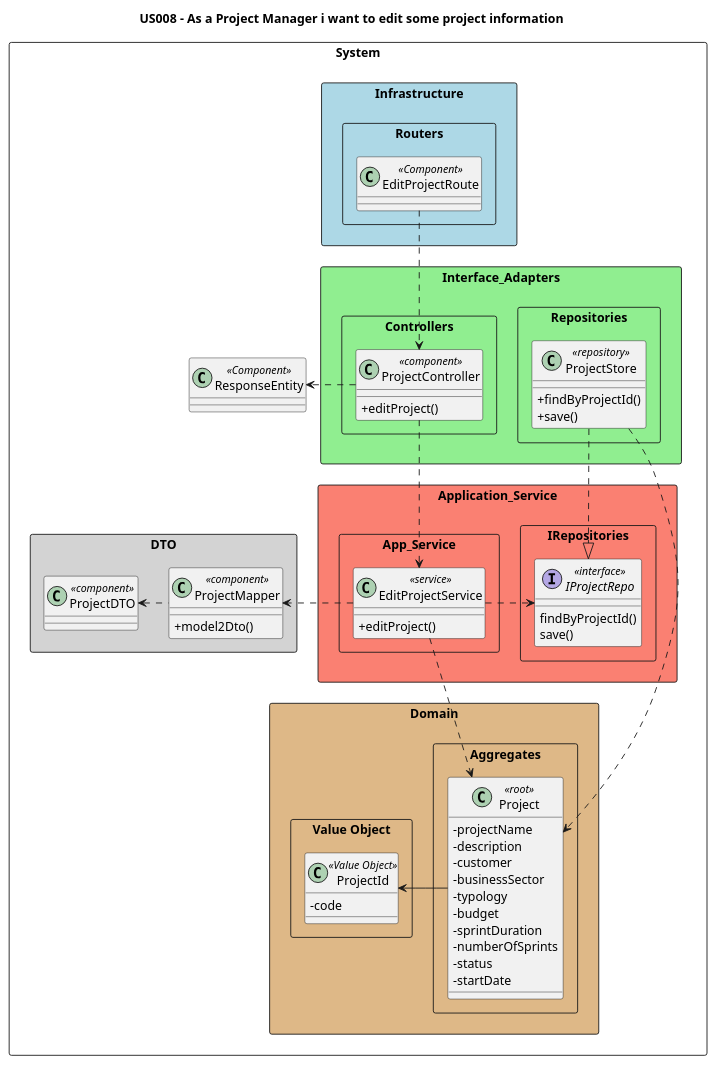
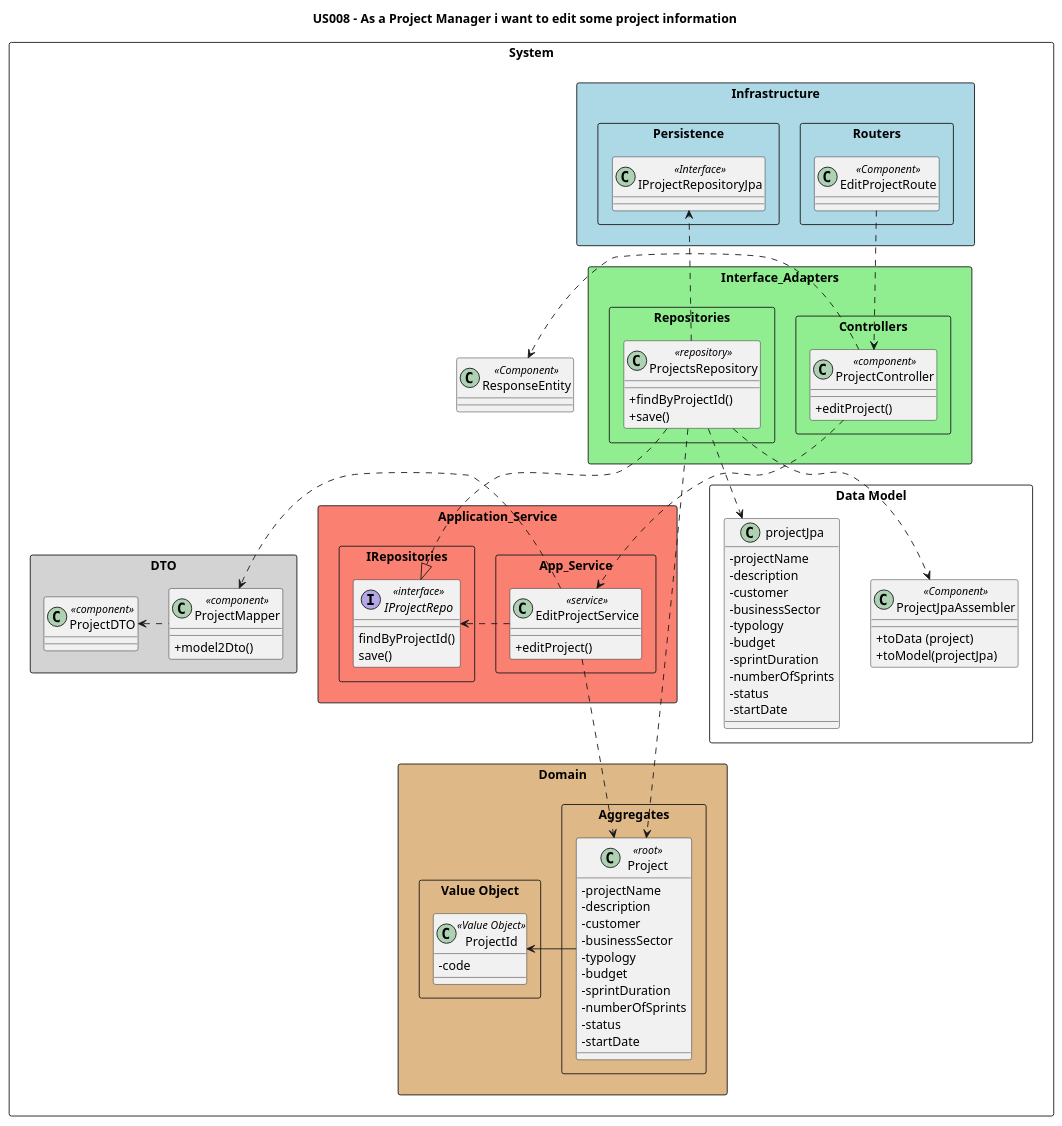
The diagram in docs/Sprint1/US008/US008-CD.puml (nunogon1211787/projectManagement), drawn with PlantUML before and after one commit. The commit also changed 5 other files, not shown here.

Commit message:
Implementation: Sequence and Class diagram update (resolves #230)

```diff
--- a/docs/Sprint1/US008/US008-CD.puml
+++ b/docs/Sprint1/US008/US008-CD.puml
@@ -1,107 +1,135 @@
 @startuml
 'https://plantuml.com/class-diagram
 
 skinparam classAttributeIconSize 0
 
 title US008 - As a Project Manager i want to edit some project information
 
 
 package "System" <<Rectangle>> {
 
 '-------------------INFRASTRUCTURE-----------------------'
 package Infrastructure <<Rectangle>> #lightblue {
 
 package Routers <<Rectangle>> {
 class "EditProjectRoute" as route <<Component>>
 }
 
+package "Persistence" <<Rectangle>> {
+    class "IProjectRepositoryJpa" as jpa <<Interface>>
+    }
+
 }
 
 '-------------------INTERFACE ADAPTERS-------------------'
 package Interface_Adapters <<Rectangle>> #lightgreen{
 
 package Controllers <<Rectangle>> {
 class ProjectController <<component>> {
 +editProject()
 }
 }
 
 package Repositories <<Rectangle>> {
-class ProjectStore <<repository>> {
+class ProjectsRepository <<repository>> {
 +findByProjectId()
 +save()
 }
 }
 
 }
 
 '-------------------APPLICATION SERVICE------------------'
 package Application_Service <<Rectangle>> #salmon {
 
 package IRepositories <<Rectangle>> {
 interface IProjectRepo <<interface>>{
 findByProjectId()
 save()
 }
 }
 
 package App_Service <<Rectangle>> {
 class "EditProjectService" as srv <<service>> {
 +editProject()
 }
 }
 
 }
 
 '-------------------DOMAIN-------------------------------'
 package Domain <<Rectangle>> #burlywood{
 
 package Aggregates <<Rectangle>> {
 class Project <<root>> {
 -projectName
 -description
 -customer
 -businessSector
 -typology
 -budget
 -sprintDuration
 -numberOfSprints
 -status
 -startDate
 }
 }
 
 package "Value Object" <<rectangle>>{
 class "ProjectId" as projId << Value Object >>{
 -code
 }
 }
 
 }
 
 '-------------------DTO----------------------------------'
 package DTO <<Rectangle>> #lightgrey{
 class ProjectMapper <<component>> {
 +model2Dto()
 }
 class ProjectDTO <<component>>
 }
 
+package "Data Model" <<Rectangle>>{
+        class "ProjectJpaAssembler" as assemblerjpa <<Component>> {
+        +toData (project)
+        +toModel(projectJpa)
+        }
+
+        class "projectJpa" as ProjJpa {
+        -projectName
+        -description
+        -customer
+        -businessSector
+        -typology
+        -budget
+        -sprintDuration
+        -numberOfSprints
+        -status
+        -startDate
+        }
+}
+
 '-------------------OTHERS-------------------------------'
 class "ResponseEntity" as json <<Component>>
 
 }
 
 '-------------------RELATIONSHIPS------------------------'
+
 route ..> ProjectController
 ProjectController ..> srv
 ProjectController .r> json
 srv .> IProjectRepo
 srv .r.> ProjectMapper
 srv ..> Project
 ProjectMapper .l> ProjectDTO
-ProjectStore ..> Project
-IProjectRepo <|.u. ProjectStore
+ProjectsRepository ..> Project
+IProjectRepo <|.u. ProjectsRepository
 Project -r> projId
+ProjectsRepository ..> jpa
+ProjectsRepository ..> assemblerjpa
+ProjectsRepository ..> ProjJpa
 
 @enduml
```
